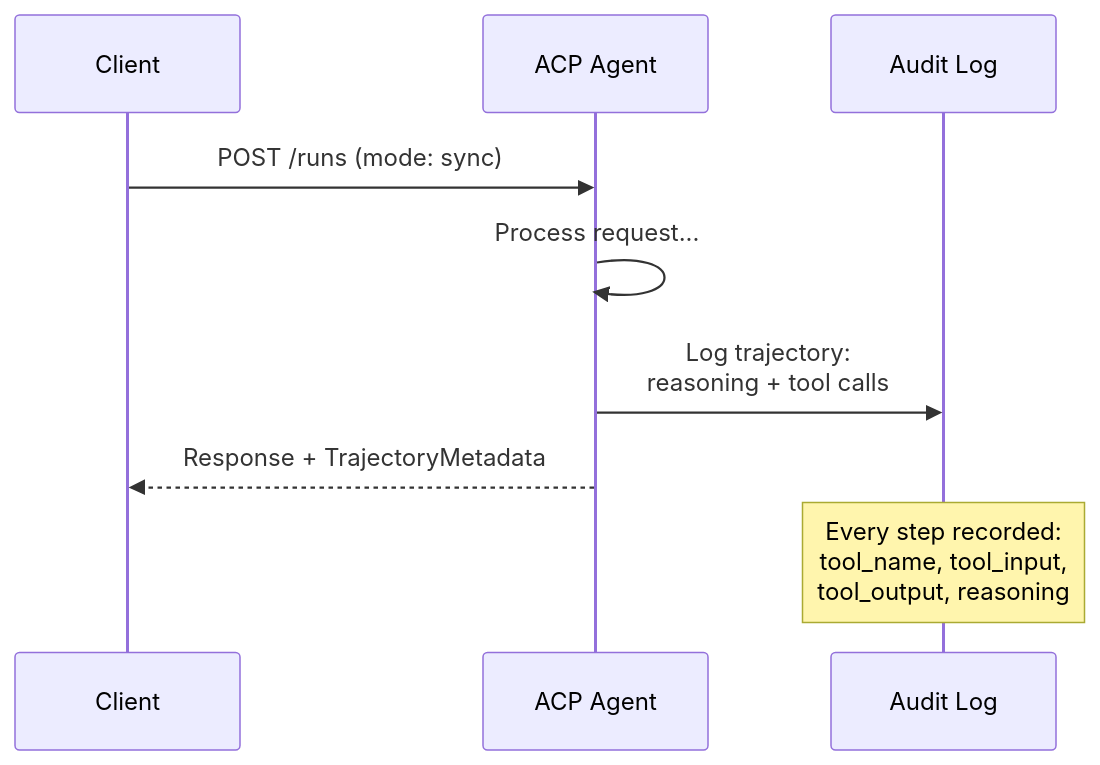
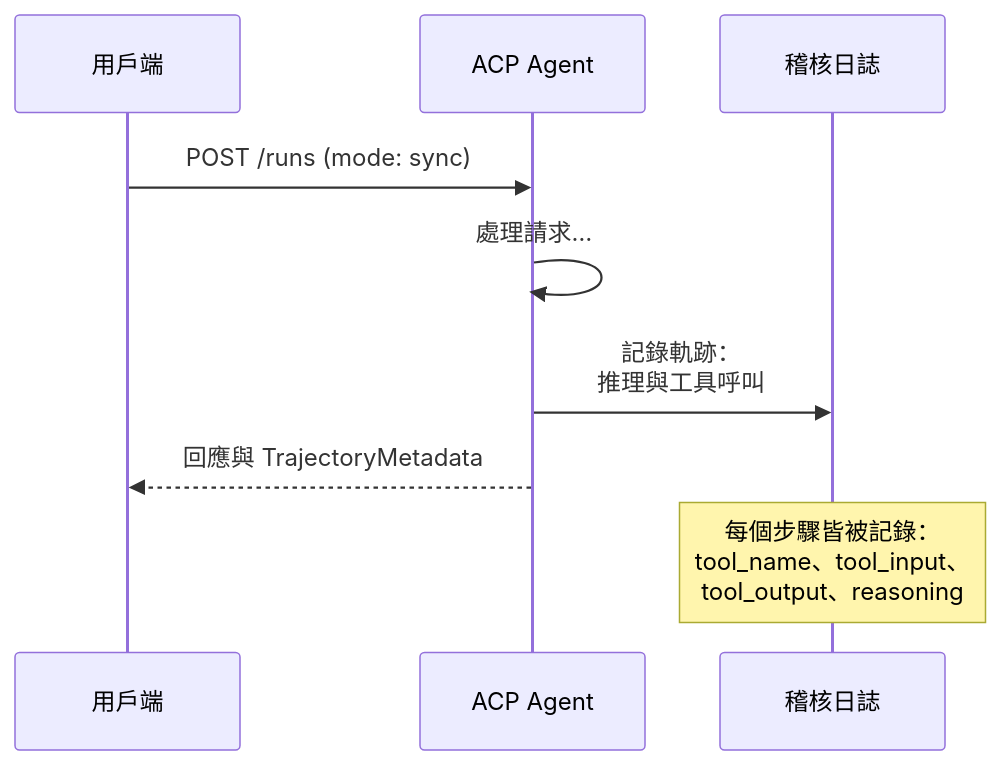
The fifth of 13 diagrams in i18n/zh-TW/phases/16-multi-agent-and-swarms/03-communication-protocols/docs/zh-TW.md (edward821220/ai-engineering-from-scratch), drawn with Mermaid before and after one commit. The commit also changed other lines of this file and 43 other files, not shown here.

````diff
--- a/i18n/zh-TW/phases/16-multi-agent-and-swarms/03-communication-protocols/docs/zh-TW.md
+++ b/i18n/zh-TW/phases/16-multi-agent-and-swarms/03-communication-protocols/docs/zh-TW.md
@@ -279,12 +279,12 @@
 ```mermaid
 sequenceDiagram
-    participant Client
+    participant Client as 用戶端
     participant ACP as ACP Agent
-    participant Audit as Audit Log
+    participant Audit as 稽核日誌
 
     Client->>ACP: POST /runs (mode: sync)
-    ACP->>ACP: Process request...
-    ACP->>Audit: Log trajectory:<br/>reasoning + tool calls
-    ACP-->>Client: Response + TrajectoryMetadata
-    Note over Audit: Every step recorded:<br/>tool_name, tool_input,<br/>tool_output, reasoning
+    ACP->>ACP: 處理請求…
+    ACP->>Audit: 記錄軌跡：<br/>推理與工具呼叫
+    ACP-->>Client: 回應與 TrajectoryMetadata
+    Note over Audit: 每個步驟皆被記錄：<br/>tool_name、tool_input、<br/>tool_output、reasoning
 ```
````
